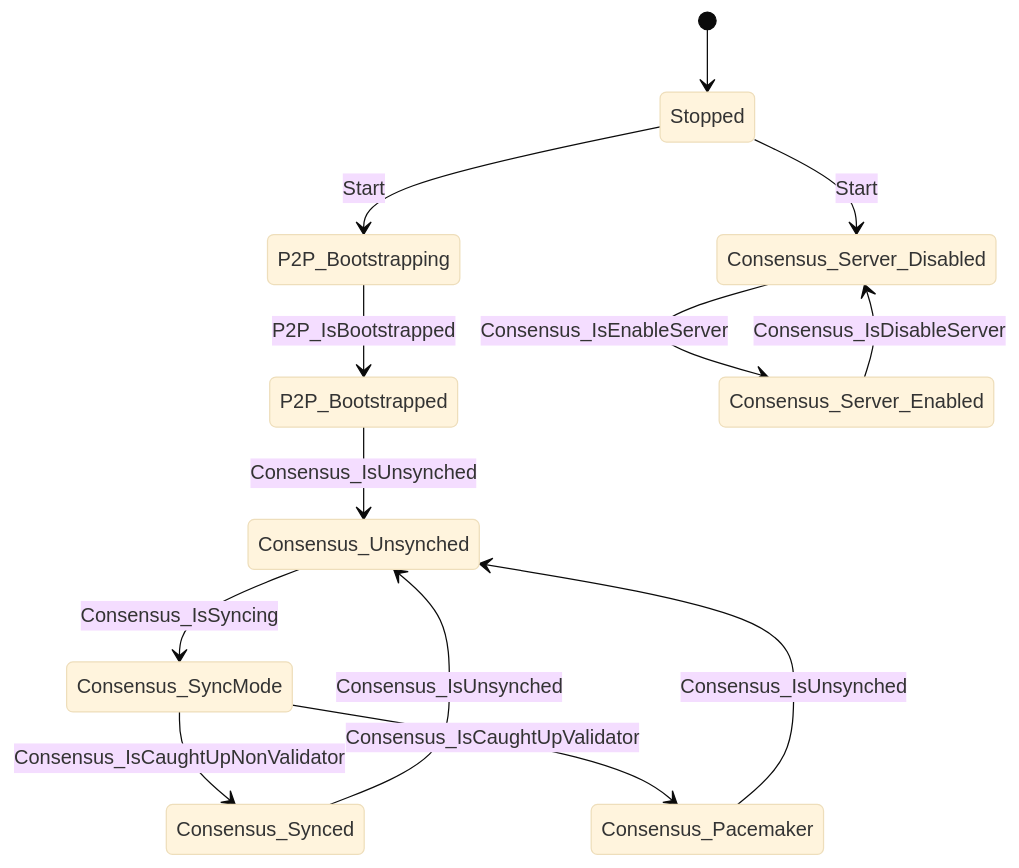
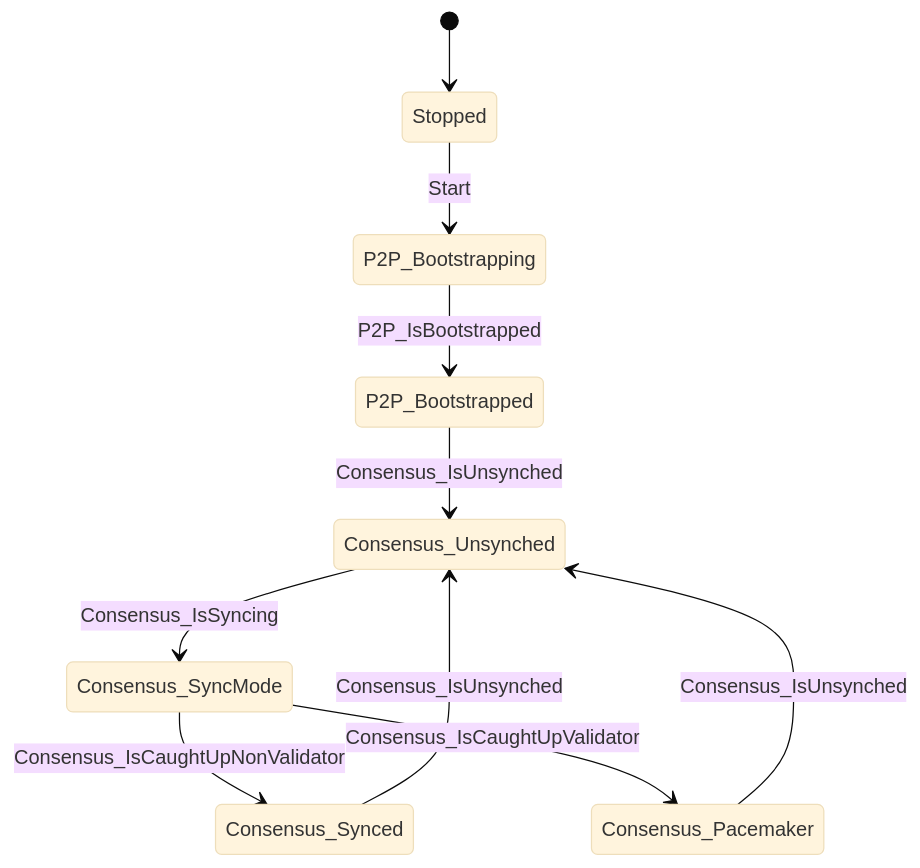
One commit to pokt-network/pocket changed the diagram in state_machine/docs/state-machine.diagram.md. Above: the diagram before and after it, drawn with Mermaid (base theme). The commit also changed 12 other files, not shown here.

````diff
--- a/state_machine/docs/state-machine.diagram.md
+++ b/state_machine/docs/state-machine.diagram.md
@@ -5,15 +5,12 @@
 ```mermaid
 stateDiagram-v2
     [*] --> Stopped
     Consensus_Synced --> Consensus_Unsynched: Consensus_IsUnsynched
     Consensus_Pacemaker --> Consensus_Unsynched: Consensus_IsUnsynched
     Consensus_SyncMode --> Consensus_Synced: Consensus_IsCaughtUpNonValidator
     Consensus_SyncMode --> Consensus_Pacemaker: Consensus_IsCaughtUpValidator
     Consensus_Unsynched --> Consensus_SyncMode: Consensus_IsSyncing
     P2P_Bootstrapped --> Consensus_Unsynched: Consensus_IsUnsynched
     P2P_Bootstrapping --> P2P_Bootstrapped: P2P_IsBootstrapped
-    Consensus_Server_Enabled --> Consensus_Server_Disabled: Consensus_IsDisableServer
-    Consensus_Server_Disabled --> Consensus_Server_Enabled: Consensus_IsEnableServer
-    Stopped --> Consensus_Server_Disabled: Start
     Stopped --> P2P_Bootstrapping: Start
 ```
````
